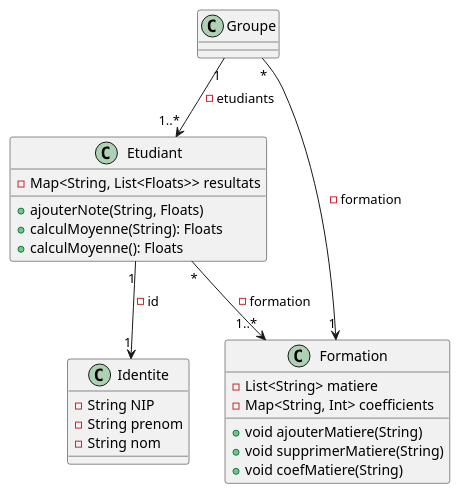
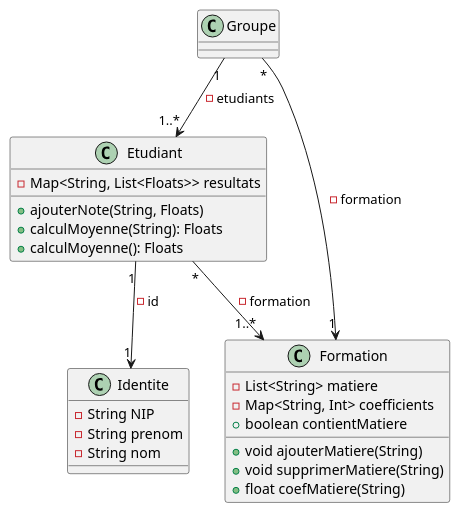
The diagram in uml/tp2/exo3/Exo_3_Diagrame_de_class.puml (the-exercise-iut-charlemage/CPOA-TP1-2), drawn with PlantUML before and after one commit. The commit also changed 2 other files, not shown here.

```diff
--- a/uml/tp2/exo3/Exo_3_Diagrame_de_class.puml
+++ b/uml/tp2/exo3/Exo_3_Diagrame_de_class.puml
@@ -1,33 +1,34 @@
 @startuml
 
 class Etudiant {
     -Map<String, List<Floats>> resultats
     + ajouterNote(String, Floats)
     + calculMoyenne(String): Floats
     + calculMoyenne(): Floats
 }
 
 class Identite {
     -String NIP
     -String prenom
     -String nom
 }
 
 class Formation {
     -List<String> matiere
     -Map<String, Int> coefficients
     +void ajouterMatiere(String)
     +void supprimerMatiere(String)
-    +void coefMatiere(String)
+    +float coefMatiere(String)
+    +boolean contientMatiere
 }
 
 class Groupe {
 }
 
 Etudiant "1" --> "1" Identite : - id
 Etudiant "*" --> "1..*" Formation : - formation
 Groupe "1" --> "1..*" Etudiant : - etudiants
 Groupe "*" --> "1" Formation : - formation
 
 
 @enduml
```
